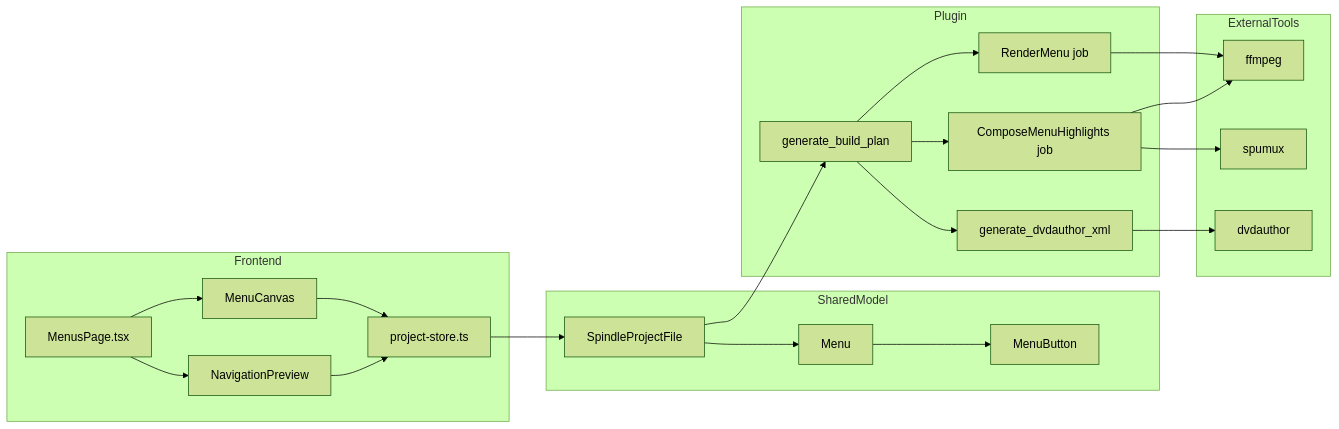
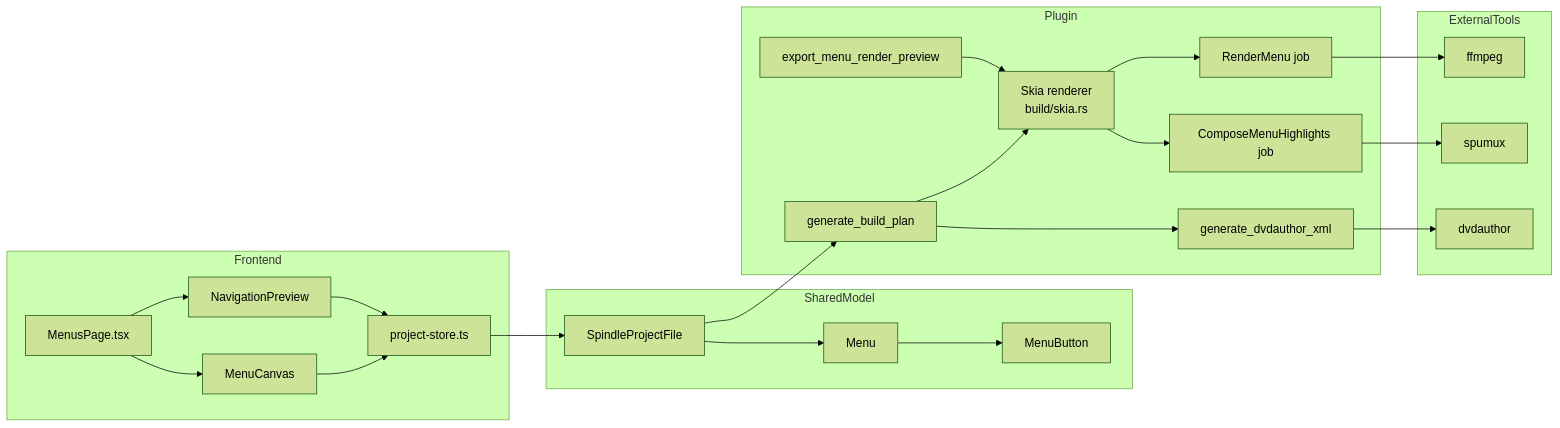
One commit to liminal-hq/spindle changed the first of 4 diagrams in docs/menu-builder-and-authoring-pipeline.md. Above: the diagram before and after it, drawn with Mermaid (forest theme). The commit also changed other lines of this file and 1 other file, not shown here.

First line of the commit message:
docs: update menu authoring pipeline doc for Skia renderer and coordinate model

````diff
--- a/docs/menu-builder-and-authoring-pipeline.md
+++ b/docs/menu-builder-and-authoring-pipeline.md
@@ -25,44 +25,47 @@
 ```mermaid
 flowchart LR
     subgraph Frontend
         MP[MenusPage.tsx]
         MC[MenuCanvas]
         NP[NavigationPreview]
         PS[project-store.ts]
     end
 
     subgraph SharedModel
         PJ[SpindleProjectFile]
         MN[Menu]
         MB[MenuButton]
     end
 
     subgraph Plugin
         GP[generate_build_plan]
+        SK[Skia renderer\nbuild/skia.rs]
         RM[RenderMenu job]
         CH[ComposeMenuHighlights job]
         DX[generate_dvdauthor_xml]
+        PV[export_menu_render_preview]
     end
 
     subgraph ExternalTools
         FF[ffmpeg]
         SP[spumux]
         DV[dvdauthor]
     end
 
     MP --> MC
     MP --> NP
     MC --> PS
     NP --> PS
     PS --> PJ
     PJ --> MN
     MN --> MB
     PJ --> GP
-    GP --> RM
-    GP --> CH
+    GP --> SK
+    SK --> RM
+    SK --> CH
     GP --> DX
     RM --> FF
-    CH --> FF
     CH --> SP
     DX --> DV
+    PV --> SK
 ```
````
